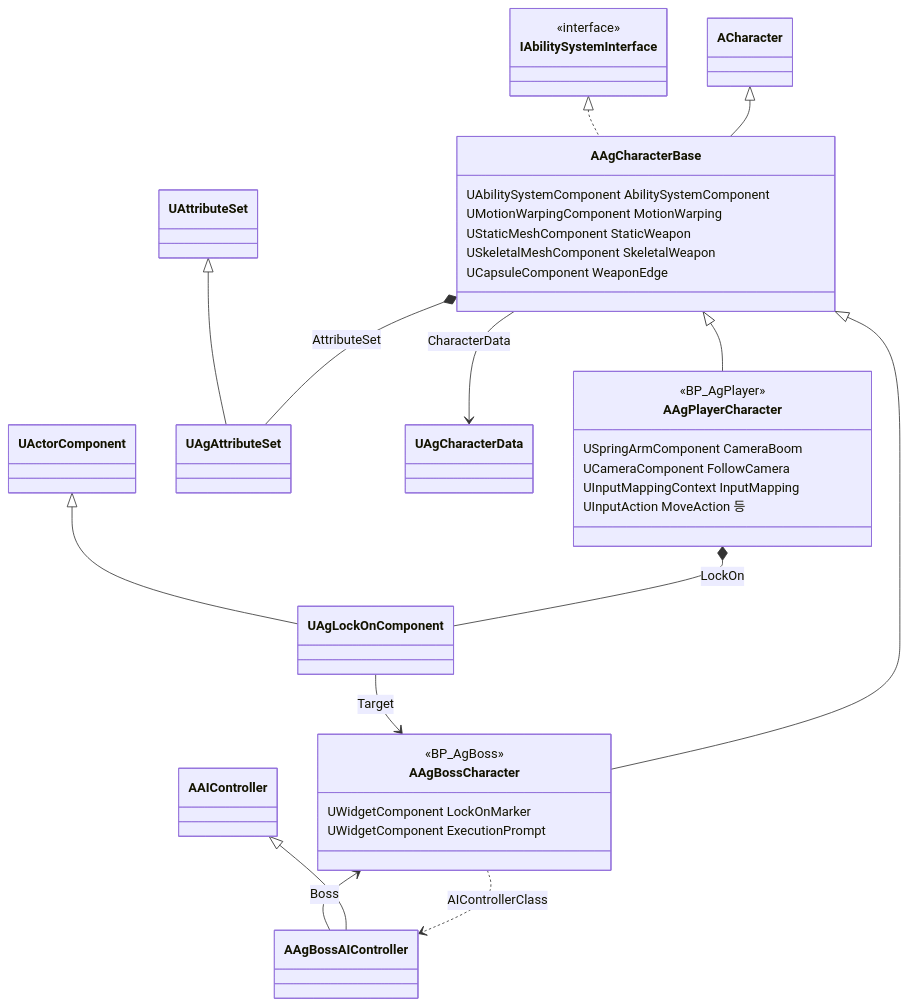
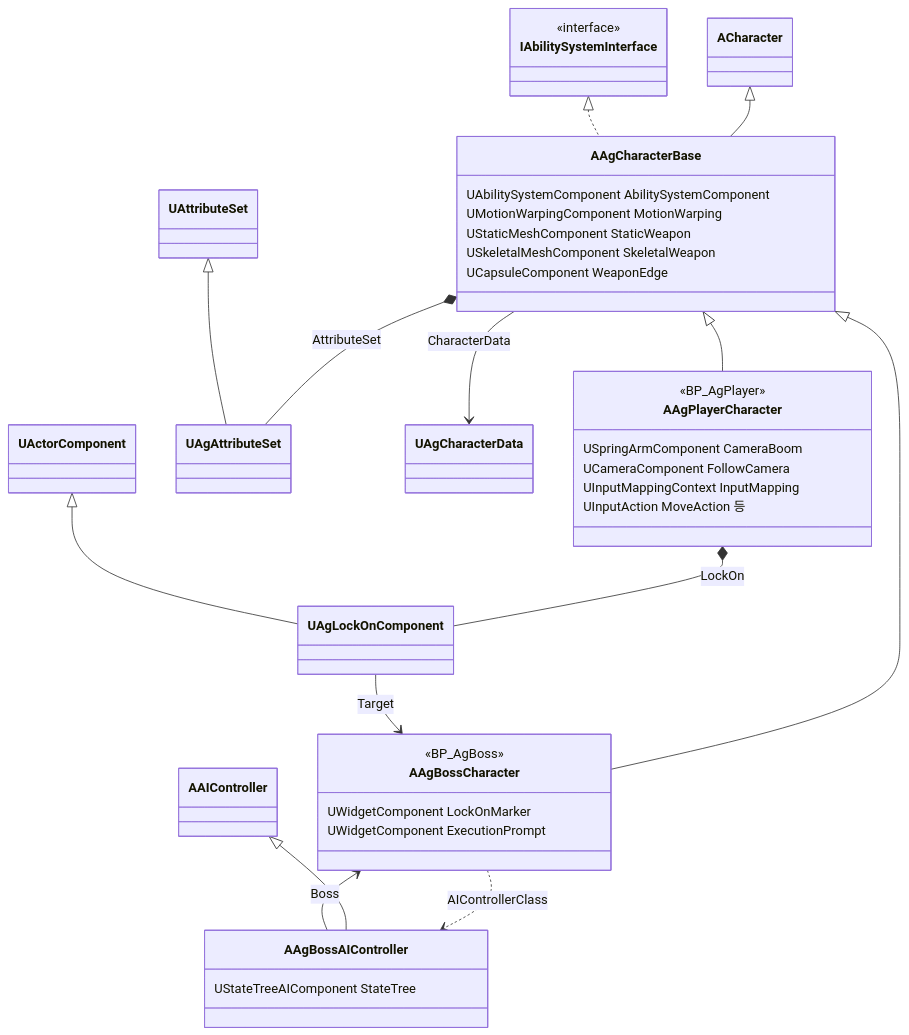
One commit to Woogl/Ag changed the second of 20 diagrams in Docs/Program/클래스 구조도.md. Above: the diagram before and after it, drawn with Mermaid. The commit also changed other lines of this file and 16 other files, not shown here.

````diff
--- a/Docs/Program/클래스 구조도.md
+++ b/Docs/Program/클래스 구조도.md
@@ -58,40 +58,43 @@
 ```mermaid
 classDiagram
     direction TB
     class IAbilitySystemInterface {
         <<interface>>
     }
     class AAgCharacterBase {
         UAbilitySystemComponent AbilitySystemComponent
         UMotionWarpingComponent MotionWarping
         UStaticMeshComponent StaticWeapon
         USkeletalMeshComponent SkeletalWeapon
         UCapsuleComponent WeaponEdge
     }
     class AAgPlayerCharacter {
         <<BP_AgPlayer>>
         USpringArmComponent CameraBoom
         UCameraComponent FollowCamera
         UInputMappingContext InputMapping
         UInputAction MoveAction 등
     }
     class AAgBossCharacter {
         <<BP_AgBoss>>
         UWidgetComponent LockOnMarker
         UWidgetComponent ExecutionPrompt
     }
+    class AAgBossAIController {
+        UStateTreeAIComponent StateTree
+    }
     ACharacter <|-- AAgCharacterBase
     IAbilitySystemInterface <|.. AAgCharacterBase
     AAgCharacterBase <|-- AAgPlayerCharacter
     AAgCharacterBase <|-- AAgBossCharacter
 
     AAgCharacterBase *-- UAgAttributeSet : AttributeSet
     UAttributeSet <|-- UAgAttributeSet
     AAgCharacterBase --> UAgCharacterData : CharacterData
     AAgPlayerCharacter *-- UAgLockOnComponent : LockOn
     UActorComponent <|-- UAgLockOnComponent
     UAgLockOnComponent --> AAgBossCharacter : Target
     AAgBossCharacter ..> AAgBossAIController : AIControllerClass
     AAIController <|-- AAgBossAIController
     AAgBossAIController --> AAgBossCharacter : Boss
 ```
````
